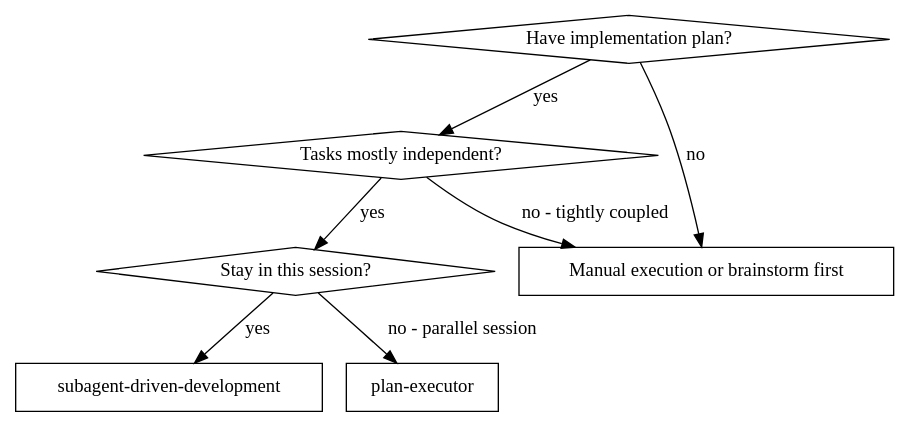
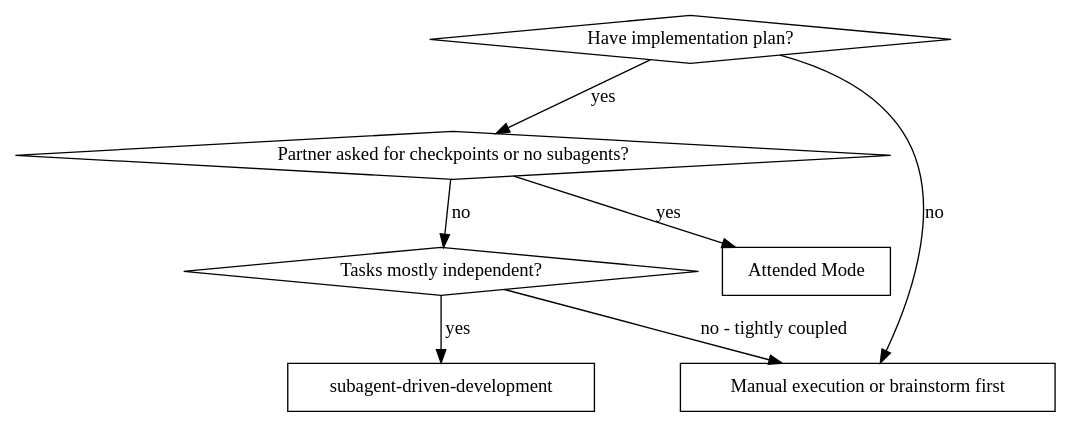
The first of 2 diagrams in plugins/bitranox/skills/process-agents-subagent-driven-development/SKILL.md (bitranox/bitranox-skills), drawn with Graphviz before and after one commit. The commit also changed other lines of this file and 21 other files, not shown here.

First line of the commit message:
Merge process-plan-executor into subagent-driven development (10.11.0)

````diff
--- a/plugins/bitranox/skills/process-agents-subagent-driven-development/SKILL.md
+++ b/plugins/bitranox/skills/process-agents-subagent-driven-development/SKILL.md
@@ -27,17 +27,17 @@
 ```dot
 digraph when_to_use {
     "Have implementation plan?" [shape=diamond];
+    "Partner asked for checkpoints or no subagents?" [shape=diamond];
     "Tasks mostly independent?" [shape=diamond];
-    "Stay in this session?" [shape=diamond];
     "subagent-driven-development" [shape=box];
-    "plan-executor" [shape=box];
+    "Attended Mode" [shape=box];
     "Manual execution or brainstorm first" [shape=box];
 
-    "Have implementation plan?" -> "Tasks mostly independent?" [label="yes"];
+    "Have implementation plan?" -> "Partner asked for checkpoints or no subagents?" [label="yes"];
     "Have implementation plan?" -> "Manual execution or brainstorm first" [label="no"];
-    "Tasks mostly independent?" -> "Stay in this session?" [label="yes"];
+    "Partner asked for checkpoints or no subagents?" -> "Attended Mode" [label="yes"];
+    "Partner asked for checkpoints or no subagents?" -> "Tasks mostly independent?" [label="no"];
+    "Tasks mostly independent?" -> "subagent-driven-development" [label="yes"];
     "Tasks mostly independent?" -> "Manual execution or brainstorm first" [label="no - tightly coupled"];
-    "Stay in this session?" -> "subagent-driven-development" [label="yes"];
-    "Stay in this session?" -> "plan-executor" [label="no - parallel session"];
 }
 ```
````
